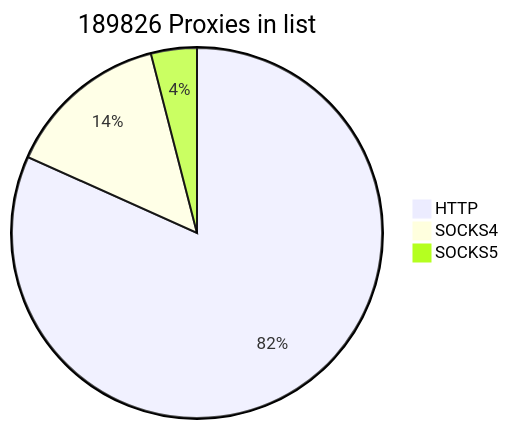
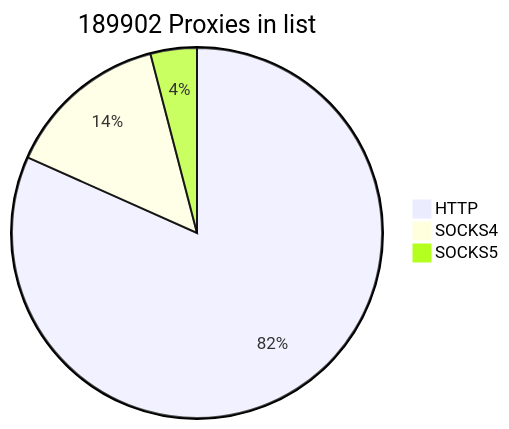
The first of 2 diagrams in README.md (cutipu/proxylist), drawn with Mermaid before and after one commit. The commit also changed other lines of this file, not shown here.

````diff
--- a/README.md
+++ b/README.md
@@ -2,7 +2,7 @@
 ```mermaid
-pie title 189826 Proxies in list
+pie title 189902 Proxies in list
     "HTTP" : 155119
     "SOCKS4" : 27099
-    "SOCKS5" : 7608
+    "SOCKS5" : 7684
             
 ```
````
